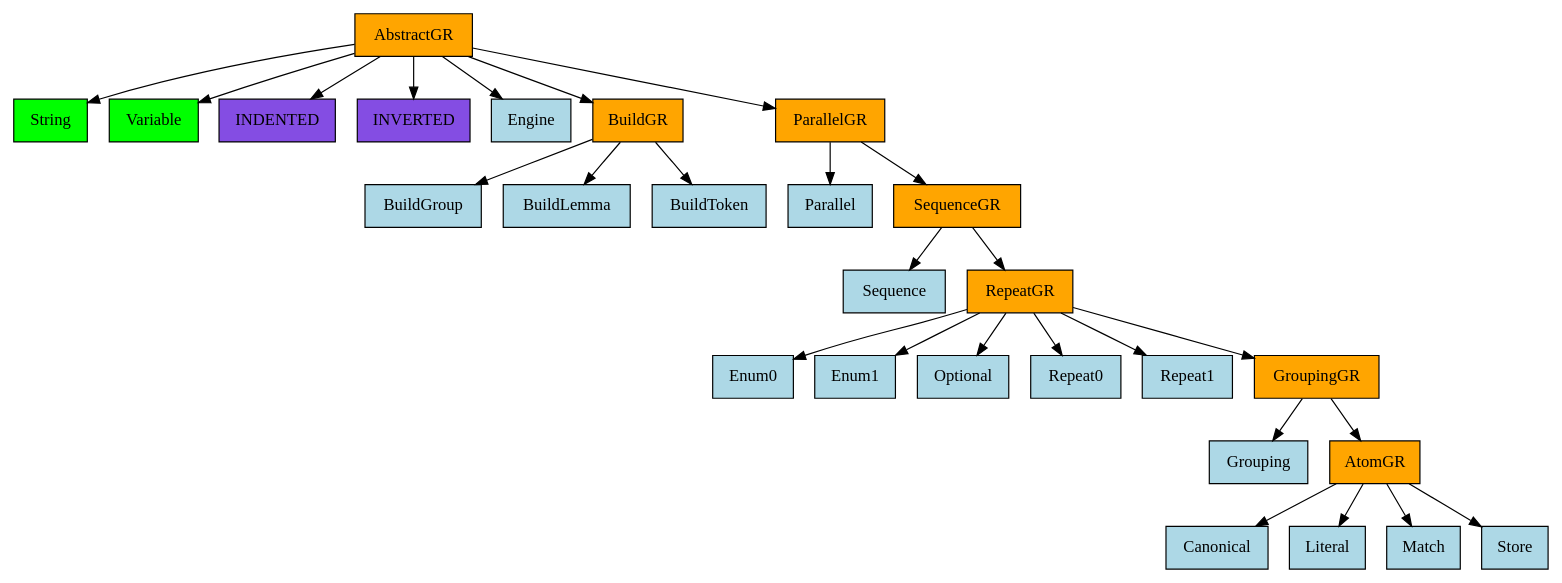
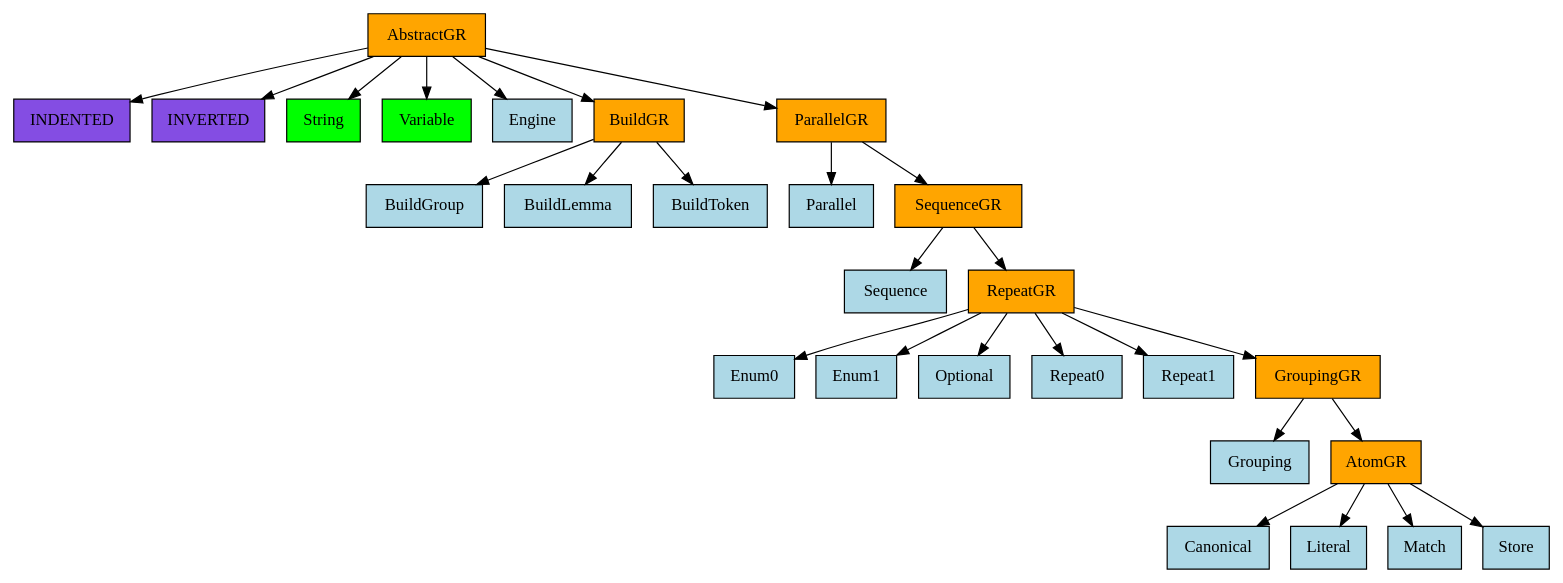
Before and after one commit to GabrielAmare/Language: the diagram in language/base/bnf/v0_1_0/mro_graph.gv, drawn with Graphviz. The commit also changed 9 other files, not shown here.

```diff
--- a/language/base/bnf/v0_1_0/mro_graph.gv
+++ b/language/base/bnf/v0_1_0/mro_graph.gv
@@ -1,55 +1,55 @@
 digraph {
-	0 [label=AbstractGR fillcolor=orange shape=rect style=filled]
-	1 [label=String fillcolor=lime shape=rect style=filled]
-	2 [label=Variable fillcolor=lime shape=rect style=filled]
-	3 [label=INDENTED fillcolor="#844de3" shape=rect style=filled]
-	4 [label=INVERTED fillcolor="#844de3" shape=rect style=filled]
-	5 [label=Engine fillcolor=lightblue shape=rect style=filled]
-	6 [label=BuildGR fillcolor=orange shape=rect style=filled]
-	7 [label=ParallelGR fillcolor=orange shape=rect style=filled]
-	8 [label=BuildGroup fillcolor=lightblue shape=rect style=filled]
-	9 [label=BuildLemma fillcolor=lightblue shape=rect style=filled]
-	10 [label=BuildToken fillcolor=lightblue shape=rect style=filled]
-	11 [label=Parallel fillcolor=lightblue shape=rect style=filled]
-	12 [label=SequenceGR fillcolor=orange shape=rect style=filled]
-	13 [label=Sequence fillcolor=lightblue shape=rect style=filled]
-	14 [label=RepeatGR fillcolor=orange shape=rect style=filled]
-	15 [label=Enum0 fillcolor=lightblue shape=rect style=filled]
-	16 [label=Enum1 fillcolor=lightblue shape=rect style=filled]
-	17 [label=Optional fillcolor=lightblue shape=rect style=filled]
-	18 [label=Repeat0 fillcolor=lightblue shape=rect style=filled]
-	19 [label=Repeat1 fillcolor=lightblue shape=rect style=filled]
-	20 [label=GroupingGR fillcolor=orange shape=rect style=filled]
-	21 [label=Grouping fillcolor=lightblue shape=rect style=filled]
-	22 [label=AtomGR fillcolor=orange shape=rect style=filled]
-	23 [label=Canonical fillcolor=lightblue shape=rect style=filled]
-	24 [label=Literal fillcolor=lightblue shape=rect style=filled]
-	25 [label=Match fillcolor=lightblue shape=rect style=filled]
-	26 [label=Store fillcolor=lightblue shape=rect style=filled]
-	0 -> 1
-	0 -> 2
-	0 -> 3
-	0 -> 4
-	0 -> 5
-	0 -> 6
-	0 -> 7
-	6 -> 8
-	6 -> 9
-	6 -> 10
-	7 -> 11
-	7 -> 12
-	12 -> 13
-	12 -> 14
-	14 -> 15
-	14 -> 16
-	14 -> 17
-	14 -> 18
-	14 -> 19
-	14 -> 20
-	20 -> 21
-	20 -> 22
-	22 -> 23
-	22 -> 24
-	22 -> 25
-	22 -> 26
+	AbstractGR [label=AbstractGR fillcolor=orange shape=rect style=filled]
+	AbstractGR -> _Indented
+	AbstractGR -> _Inverted
+	AbstractGR -> String
+	AbstractGR -> Variable
+	AbstractGR -> Engine
+	AbstractGR -> BuildGR
+	AbstractGR -> ParallelGR
+	_Indented [label=INDENTED fillcolor="#844de3" shape=rect style=filled]
+	_Inverted [label=INVERTED fillcolor="#844de3" shape=rect style=filled]
+	String [label=String fillcolor=lime shape=rect style=filled]
+	Variable [label=Variable fillcolor=lime shape=rect style=filled]
+	Engine [label=Engine fillcolor=lightblue shape=rect style=filled]
+	BuildGR [label=BuildGR fillcolor=orange shape=rect style=filled]
+	BuildGR -> BuildGroup
+	BuildGR -> BuildLemma
+	BuildGR -> BuildToken
+	ParallelGR [label=ParallelGR fillcolor=orange shape=rect style=filled]
+	ParallelGR -> Parallel
+	ParallelGR -> SequenceGR
+	BuildGroup [label=BuildGroup fillcolor=lightblue shape=rect style=filled]
+	BuildLemma [label=BuildLemma fillcolor=lightblue shape=rect style=filled]
+	BuildToken [label=BuildToken fillcolor=lightblue shape=rect style=filled]
+	Parallel [label=Parallel fillcolor=lightblue shape=rect style=filled]
+	SequenceGR [label=SequenceGR fillcolor=orange shape=rect style=filled]
+	SequenceGR -> Sequence
+	SequenceGR -> RepeatGR
+	Sequence [label=Sequence fillcolor=lightblue shape=rect style=filled]
+	RepeatGR [label=RepeatGR fillcolor=orange shape=rect style=filled]
+	RepeatGR -> Enum0
+	RepeatGR -> Enum1
+	RepeatGR -> Optional
+	RepeatGR -> Repeat0
+	RepeatGR -> Repeat1
+	RepeatGR -> GroupingGR
+	Enum0 [label=Enum0 fillcolor=lightblue shape=rect style=filled]
+	Enum1 [label=Enum1 fillcolor=lightblue shape=rect style=filled]
+	Optional [label=Optional fillcolor=lightblue shape=rect style=filled]
+	Repeat0 [label=Repeat0 fillcolor=lightblue shape=rect style=filled]
+	Repeat1 [label=Repeat1 fillcolor=lightblue shape=rect style=filled]
+	GroupingGR [label=GroupingGR fillcolor=orange shape=rect style=filled]
+	GroupingGR -> Grouping
+	GroupingGR -> AtomGR
+	Grouping [label=Grouping fillcolor=lightblue shape=rect style=filled]
+	AtomGR [label=AtomGR fillcolor=orange shape=rect style=filled]
+	AtomGR -> Canonical
+	AtomGR -> Literal
+	AtomGR -> Match
+	AtomGR -> Store
+	Canonical [label=Canonical fillcolor=lightblue shape=rect style=filled]
+	Literal [label=Literal fillcolor=lightblue shape=rect style=filled]
+	Match [label=Match fillcolor=lightblue shape=rect style=filled]
+	Store [label=Store fillcolor=lightblue shape=rect style=filled]
 }
```
